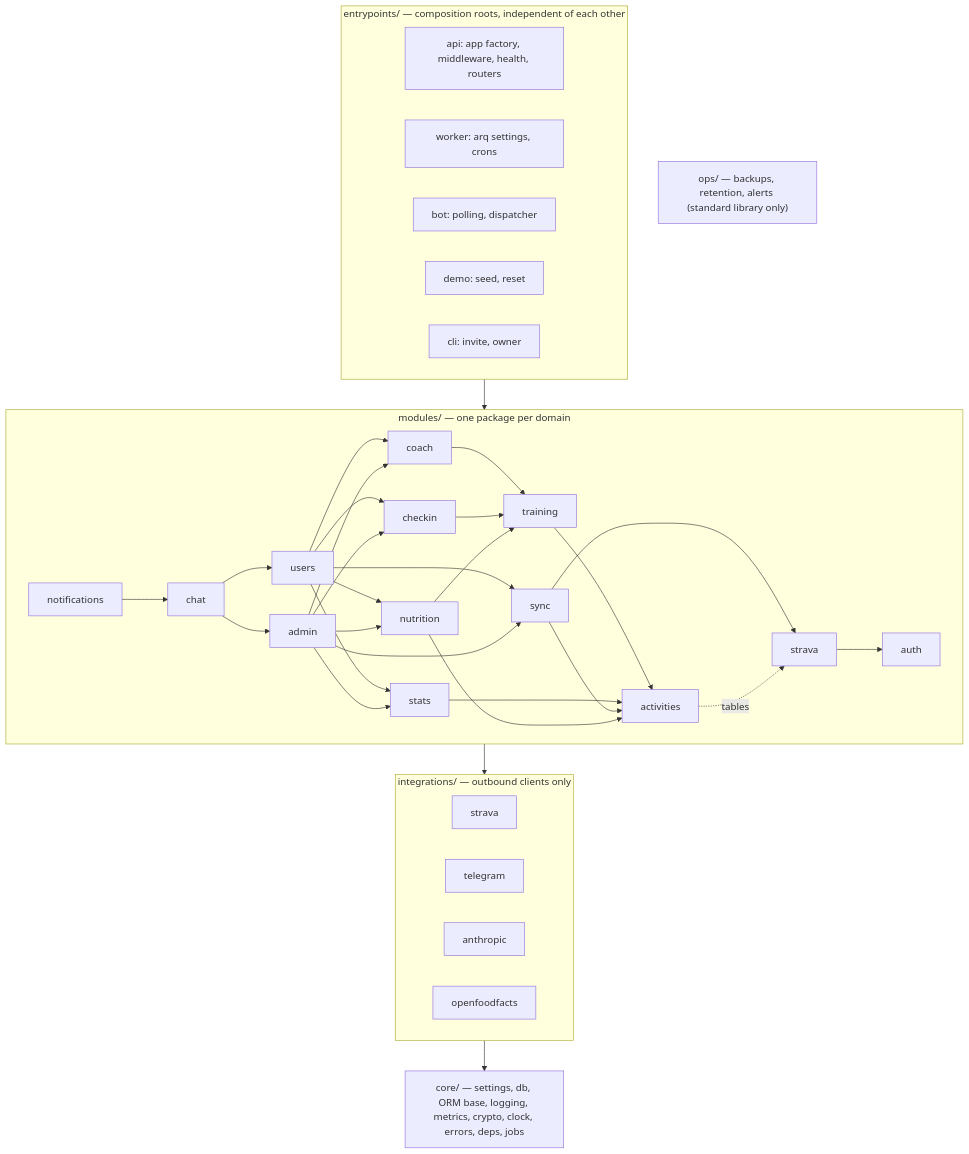
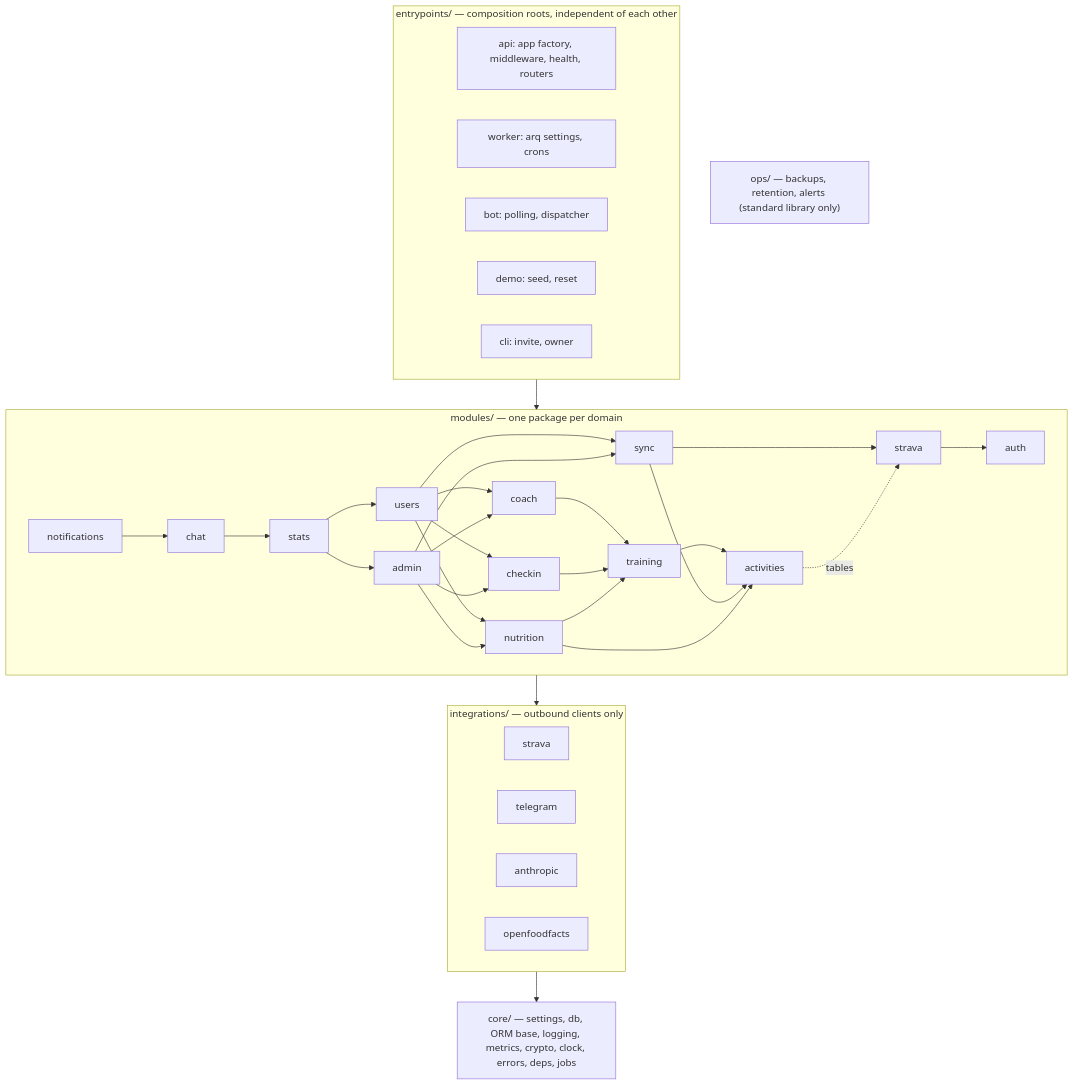
One commit to umutaydins/trainsync changed the diagram in docs/architecture.md. Above: the diagram before and after it, drawn with Mermaid. The commit also changed other lines of this file and 53 other files, not shown here.

Commit message:
P8.11 stats in the bot and digests: /stats week|month|3m|6m|year|all with a coach verdict (praise gains, roast drops, calm when sick), weekly and monthly digests per user and zone with quiet hours, per-user switch; docs for P8.10-P8.11; web types narrowed to the summary fields in use

````diff
--- a/docs/architecture.md
+++ b/docs/architecture.md
@@ -60,29 +62,30 @@
 ```mermaid
 flowchart TB
   subgraph entrypoints["entrypoints/ — composition roots, independent of each other"]
     api["api: app factory, middleware, health, routers"]
     worker["worker: arq settings, crons"]
     bot["bot: polling, dispatcher"]
     demo["demo: seed, reset"]
     cli["cli: invite, owner"]
   end
   subgraph modules["modules/ — one package per domain"]
     notifications --> chat
-    chat --> users & admin
-    users & admin --> coach & checkin & nutrition & stats & sync
+    chat --> stats
+    stats --> users & admin
+    users & admin --> coach & checkin & nutrition & sync
     coach & checkin & nutrition --> training
-    training & stats & sync & nutrition --> activities
+    training & sync & nutrition --> activities
     sync --> strava
     activities -.tables.-> strava
     strava --> auth
   end
   subgraph integrations["integrations/ — outbound clients only"]
     stravaClient["strava"]
     telegram
     anthropic
     off["openfoodfacts"]
   end
   core["core/ — settings, db, ORM base, logging, metrics, crypto, clock, errors, deps, jobs"]
   entrypoints --> modules --> integrations --> core
   ops["ops/ — backups, retention, alerts (standard library only)"]
 ```
````
